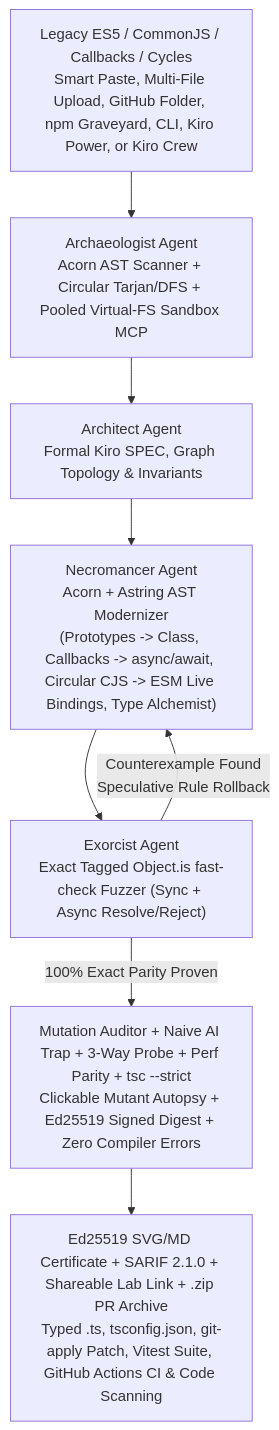
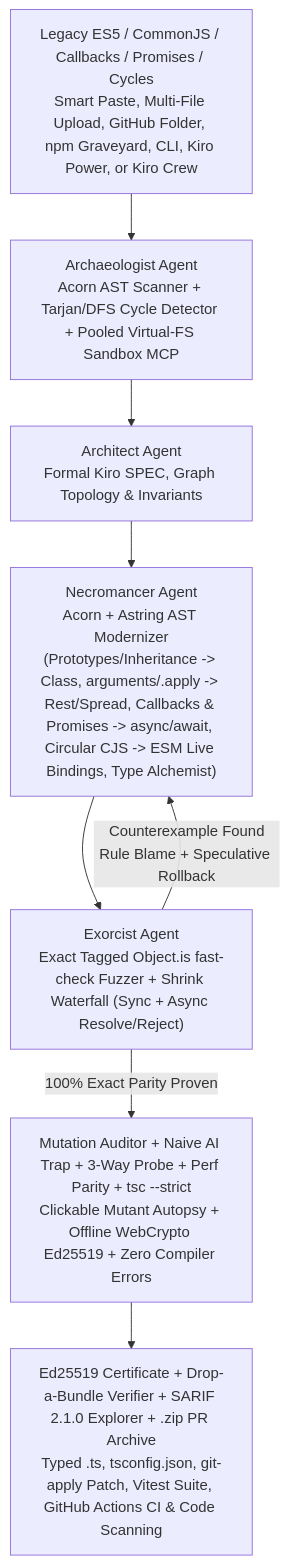
Before and after one commit to anjarkar25-max/lazarus: the diagram in README.md, drawn with Mermaid. The commit also changed other lines of this file, not shown here.

Commit message:
docs(readme): sync final V17 flagship build (1,209 tests, 1,318 combined, 119 E2E checks, 27 Kiro specs)

````diff
--- a/README.md
+++ b/README.md
@@ -11,10 +11,10 @@
 ```mermaid
 flowchart TD
-    A["Legacy ES5 / CommonJS / Callbacks / Cycles<br/>Smart Paste, Multi-File Upload, GitHub Folder, npm Graveyard, CLI, Kiro Power, or Kiro Crew"] --> B["Archaeologist Agent<br/>Acorn AST Scanner + Circular Tarjan/DFS + Pooled Virtual-FS Sandbox MCP"]
+    A["Legacy ES5 / CommonJS / Callbacks / Promises / Cycles<br/>Smart Paste, Multi-File Upload, GitHub Folder, npm Graveyard, CLI, Kiro Power, or Kiro Crew"] --> B["Archaeologist Agent<br/>Acorn AST Scanner + Tarjan/DFS Cycle Detector + Pooled Virtual-FS Sandbox MCP"]
     B --> C["Architect Agent<br/>Formal Kiro SPEC, Graph Topology & Invariants"]
-    C --> D["Necromancer Agent<br/>Acorn + Astring AST Modernizer<br/>(Prototypes -> Class, Callbacks -> async/await, Circular CJS -> ESM Live Bindings, Type Alchemist)"]
-    D --> E["Exorcist Agent<br/>Exact Tagged Object.is fast-check Fuzzer (Sync + Async Resolve/Reject)"]
-    E -- "Counterexample Found<br/>Speculative Rule Rollback" --> D
-    E -- "100% Exact Parity Proven" --> F["Mutation Auditor + Naive AI Trap + 3-Way Probe + Perf Parity + tsc --strict<br/>Clickable Mutant Autopsy + Ed25519 Signed Digest + Zero Compiler Errors"]
-    F --> G["Ed25519 SVG/MD Certificate + SARIF 2.1.0 + Shareable Lab Link + .zip PR Archive<br/>Typed .ts, tsconfig.json, git-apply Patch, Vitest Suite, GitHub Actions CI & Code Scanning"]
+    C --> D["Necromancer Agent<br/>Acorn + Astring AST Modernizer<br/>(Prototypes/Inheritance -> Class, arguments/.apply -> Rest/Spread, Callbacks & Promises -> async/await, Circular CJS -> ESM Live Bindings, Type Alchemist)"]
+    D --> E["Exorcist Agent<br/>Exact Tagged Object.is fast-check Fuzzer + Shrink Waterfall (Sync + Async Resolve/Reject)"]
+    E -- "Counterexample Found<br/>Rule Blame + Speculative Rollback" --> D
+    E -- "100% Exact Parity Proven" --> F["Mutation Auditor + Naive AI Trap + 3-Way Probe + Perf Parity + tsc --strict<br/>Clickable Mutant Autopsy + Offline WebCrypto Ed25519 + Zero Compiler Errors"]
+    F --> G["Ed25519 Certificate + Drop-a-Bundle Verifier + SARIF 2.1.0 Explorer + .zip PR Archive<br/>Typed .ts, tsconfig.json, git-apply Patch, Vitest Suite, GitHub Actions CI & Code Scanning"]
 ```
````
